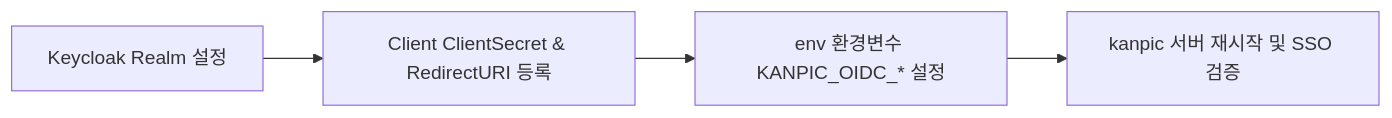
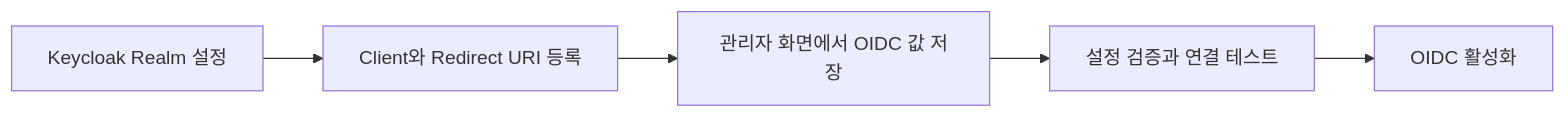
One commit to hkjang/kanpic changed the second of 2 diagrams in docs/ADMIN_GUIDE.md. Above: the diagram before and after it, drawn with Mermaid. The commit also changed other lines of this file and 25 other files, not shown here.

````diff
--- a/docs/ADMIN_GUIDE.md
+++ b/docs/ADMIN_GUIDE.md
@@ -86,6 +86,7 @@
 ```mermaid
 flowchart LR
-    A[Keycloak Realm 설정] --> B[Client ClientSecret & RedirectURI 등록]
-    B --> C[env 환경변수 KANPIC_OIDC_* 설정]
-    C --> D[kanpic 서버 재시작 및 SSO 검증]
+    A[Keycloak Realm 설정] --> B[Client와 Redirect URI 등록]
+    B --> C[관리자 화면에서 OIDC 값 저장]
+    C --> D[설정 검증과 연결 테스트]
+    D --> E[OIDC 활성화]
 ```
````
